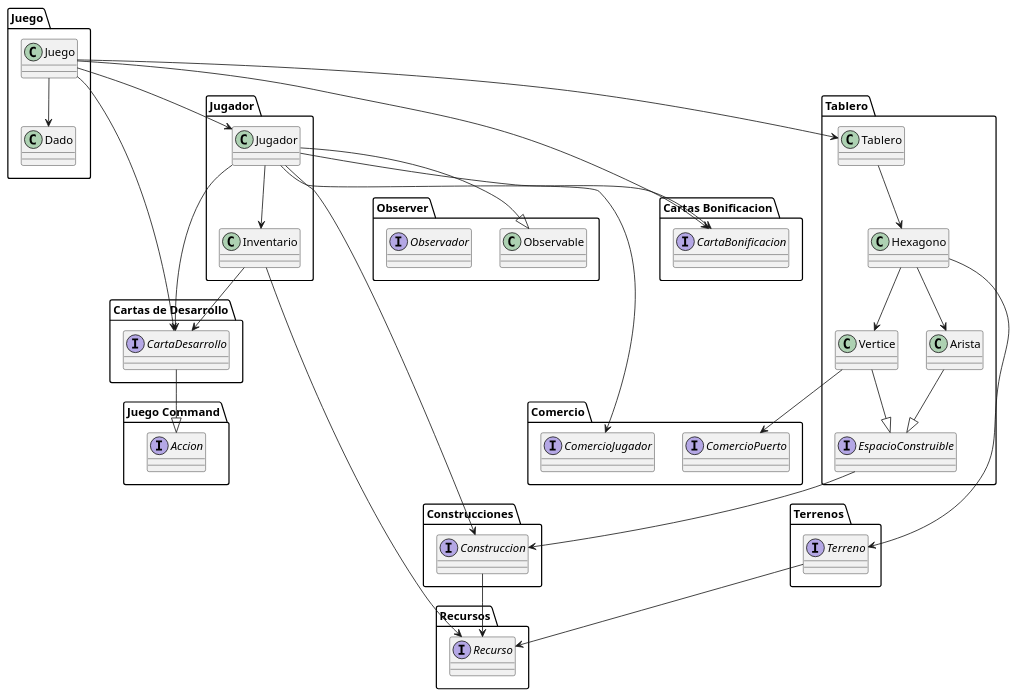
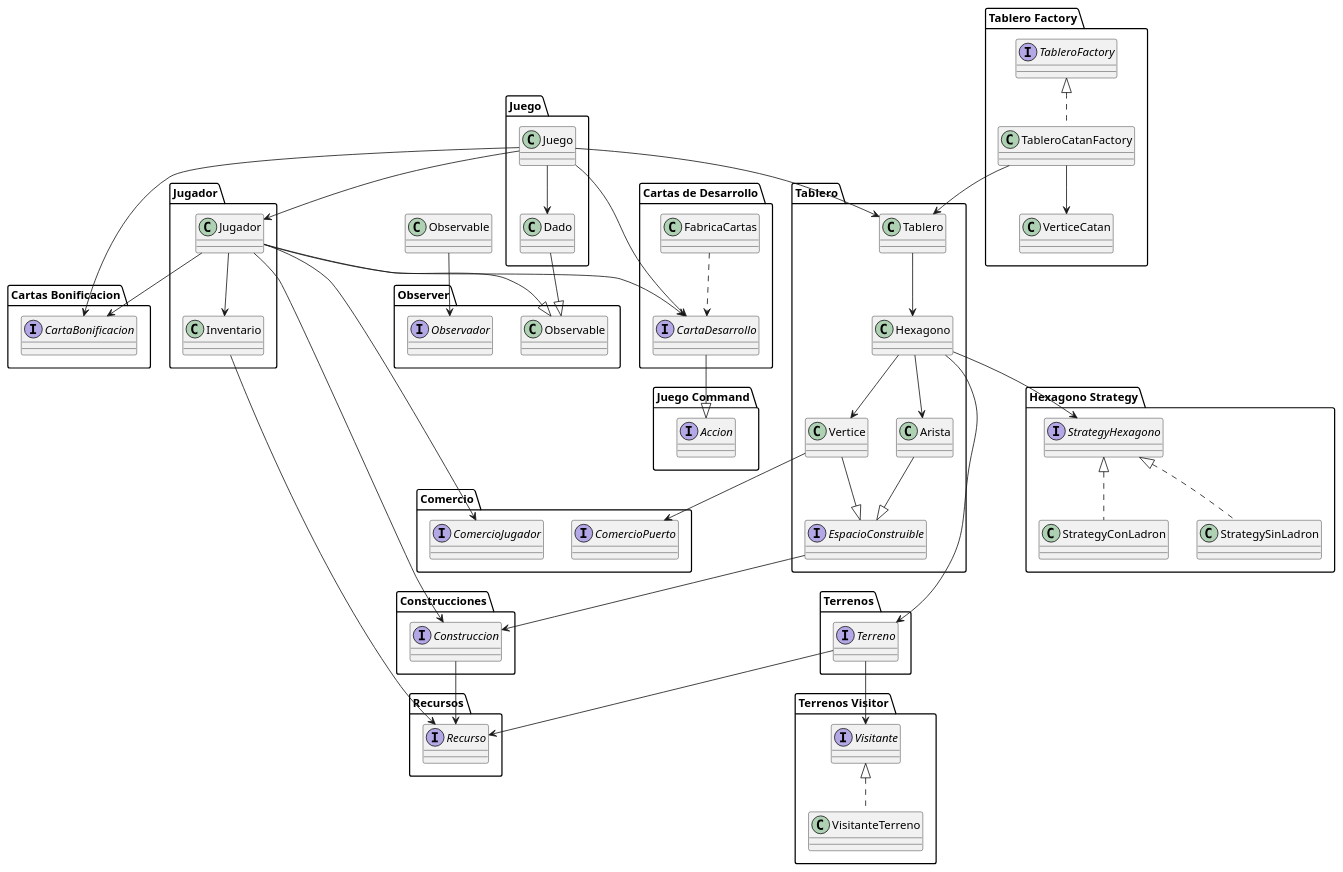
Before and after one commit to ValeSolArroyo/TP2-Catan: the diagram in diagrams/packages/diagramaPaquetes.puml, drawn with PlantUML. The commit also changed 8 other files, not shown here.

Commit message:
diagramas actualizados

```diff
--- a/diagrams/packages/diagramaPaquetes.puml
+++ b/diagrams/packages/diagramaPaquetes.puml
@@ -1,79 +1,108 @@
 @startuml
 
 package "Juego" {
   class "Juego" as C_Juego
   class "Dado" as C_Dado
 }
 
 package "Jugador" {
   class "Jugador" as C_Jugador
   class "Inventario" as C_Inventario
 }
 
 package "Tablero" {
   class "Tablero" as C_Tablero
   class "Hexagono" as C_Hexagono
   class "Vertice" as C_Vertice
   class "Arista" as C_Arista
   interface "EspacioConstruible" as I_EspacioConstruible
 }
 
 package "Construcciones" {
   interface "Construccion" as I_Construccion
 }
 
 package "Recursos" {
   interface "Recurso" as I_Recurso
 }
 
 package "Terrenos" {
   interface "Terreno" as I_Terreno
 }
 
 package "Cartas de Desarrollo" {
   interface "CartaDesarrollo" as I_CartaDesarrollo
+  class "FabricaCartas" as C_FabricaCartas
 }
 
 package "Cartas Bonificacion" {
   interface "CartaBonificacion" as I_CartaBonificacion
 }
 
 package "Comercio" {
   interface "ComercioJugador" as I_ComercioJugador
   interface "ComercioPuerto" as I_ComercioPuerto
 }
 
 package "Juego Command" {
   interface "Accion" as I_Accion
 }
 
 package "Observer" {
   class "Observable" as C_Observable
   interface "Observador" as I_Observador
 }
 
+package "Hexagono Strategy" {
+  interface "StrategyHexagono" as I_StrategyHexagono
+  class "StrategyConLadron" as C_StrategyConLadron
+  class "StrategySinLadron" as C_StrategySinLadron
+}
+
+package "Tablero Factory" {
+  interface "TableroFactory" as I_TableroFactory
+  class "TableroCatanFactory" as C_TableroCatanFactory
+  class "VerticeCatan" as C_VerticeCatan
+}
+
+package "Terrenos Visitor" {
+  interface "Visitante" as I_Visitante
+  class "VisitanteTerreno" as C_VisitanteTerreno
+}
+
 C_Juego --> C_Jugador
 C_Juego --> C_Tablero
 C_Juego --> I_CartaDesarrollo
 C_Juego --> I_CartaBonificacion
 C_Juego --> C_Dado
 C_Jugador --> C_Inventario
 C_Inventario --> I_Recurso
-C_Inventario --> I_CartaDesarrollo
 C_Jugador --> I_Construccion
 C_Jugador --> I_CartaDesarrollo
 C_Jugador --> I_CartaBonificacion
 C_Jugador --|> C_Observable
 C_Tablero --> C_Hexagono
 C_Hexagono --> C_Vertice
 C_Hexagono --> C_Arista
 C_Hexagono --> I_Terreno
+C_Hexagono --> I_StrategyHexagono
 C_Vertice --|> I_EspacioConstruible
 C_Arista --|> I_EspacioConstruible
 I_EspacioConstruible --> I_Construccion
 I_Construccion --> I_Recurso
 I_Terreno --> I_Recurso
 C_Jugador --> I_ComercioJugador
 C_Vertice --> I_ComercioPuerto
 I_CartaDesarrollo --|> I_Accion
+I_StrategyHexagono <|.. C_StrategyConLadron
+I_StrategyHexagono <|.. C_StrategySinLadron
+I_TableroFactory <|.. C_TableroCatanFactory
+C_TableroCatanFactory --> C_Tablero
+C_TableroCatanFactory --> C_VerticeCatan
+I_Visitante <|.. C_VisitanteTerreno
+I_Terreno --> I_Visitante
+C_FabricaCartas ..> I_CartaDesarrollo
+C_Dado --|> C_Observable
+Observable --> I_Observador
+
 @enduml
```
